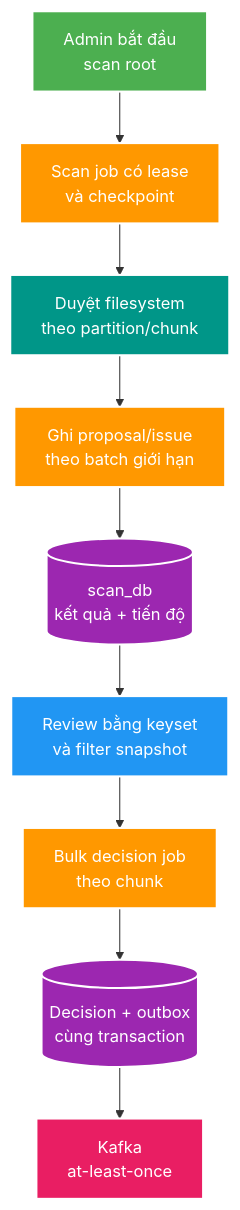
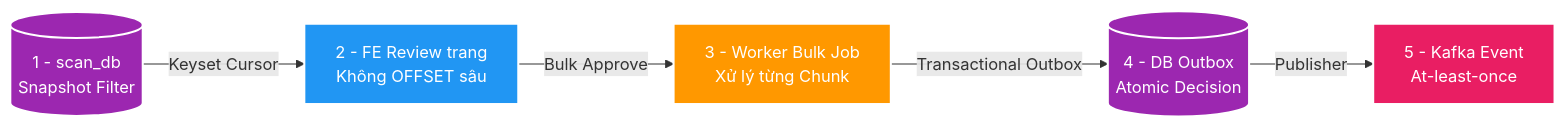
The second of 2 diagrams in manual/learning/use-cases/scale-capacity/sc-01-scan-one-million-filesystem-entry/01-deep-dive.md (HungPhan200591/file-mngt-be-v2), drawn with Mermaid before and after one commit. The commit also changed other lines of this file, not shown here.

Commit message:
feat: implement accurate and efficient fixture generation and cleanup for SC-01 use case

````diff
--- a/manual/learning/use-cases/scale-capacity/sc-01-scan-one-million-filesystem-entry/01-deep-dive.md
+++ b/manual/learning/use-cases/scale-capacity/sc-01-scan-one-million-filesystem-entry/01-deep-dive.md
@@ -27,21 +43,13 @@
 ```mermaid
-flowchart TB
-    START["<font color='white'>Admin bắt đầu<br/>scan root</font>"] --> JOB["<font color='white'>Scan job có lease<br/>và checkpoint</font>"]
-    JOB --> WALK["<font color='white'>Duyệt filesystem<br/>theo partition/chunk</font>"]
-    WALK --> WRITE["<font color='white'>Ghi proposal/issue<br/>theo batch giới hạn</font>"]
-    WRITE --> DB[("<font color='white'>scan_db<br/>kết quả + tiến độ</font>")]
-    DB --> REVIEW["<font color='white'>Review bằng keyset<br/>và filter snapshot</font>"]
-    REVIEW --> BULK["<font color='white'>Bulk decision job<br/>theo chunk</font>"]
-    BULK --> OUTBOX[("<font color='white'>Decision + outbox<br/>cùng transaction</font>")]
-    OUTBOX --> KAFKA["<font color='white'>Kafka<br/>at-least-once</font>"]
+flowchart LR
+    DB[("<font color='white'>1 - scan_db<br/>Snapshot Filter</font>")] -->|"Keyset Cursor"| REVIEW["<font color='white'>2 - FE Review trang<br/>Không OFFSET sâu</font>"]
+    REVIEW -->|"Bulk Approve"| BULK["<font color='white'>3 - Worker Bulk Job<br/>Xử lý từng Chunk</font>"]
+    BULK -->|"Transactional Outbox"| OUTBOX[("<font color='white'>4 - DB Outbox<br/>Atomic Decision</font>")]
+    OUTBOX -->|"Publisher"| KAFKA["<font color='white'>5 - Kafka Event<br/>At-least-once</font>"]
 
-    style START fill:#4CAF50,stroke:#fff,stroke-width:2px
-    style JOB fill:#FF9800,stroke:#fff,stroke-width:2px
-    style WALK fill:#009688,stroke:#fff,stroke-width:2px
-    style WRITE fill:#FF9800,stroke:#fff,stroke-width:2px
     style DB fill:#9C27B0,stroke:#fff,stroke-width:2px
     style REVIEW fill:#2196F3,stroke:#fff,stroke-width:2px
     style BULK fill:#FF9800,stroke:#fff,stroke-width:2px
     style OUTBOX fill:#9C27B0,stroke:#fff,stroke-width:2px
     style KAFKA fill:#E91E63,stroke:#fff,stroke-width:2px
 ```
````
